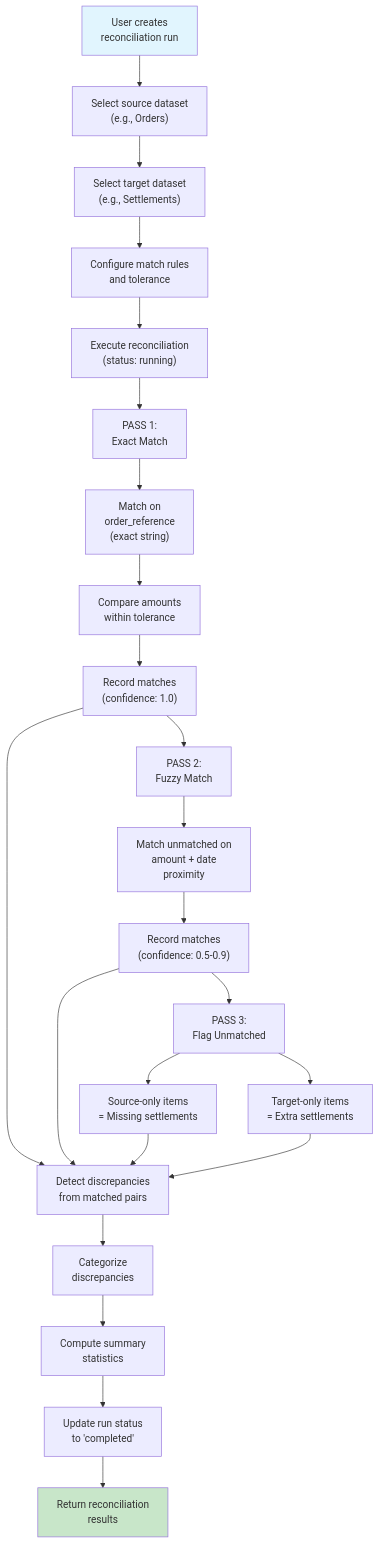
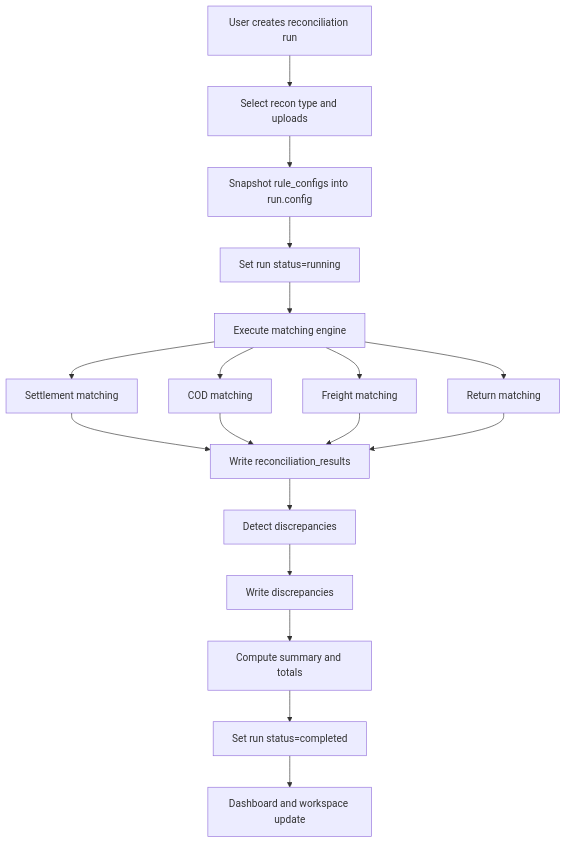
Before and after one commit to Rajdeep-017/reconiq: the sixth of 9 diagrams in docs/data_flow.md, drawn with Mermaid. The commit also changed other lines of this file and 4 other files, not shown here.

````diff
--- a/docs/data_flow.md
+++ b/docs/data_flow.md
@@ -125,33 +213,23 @@
 ```mermaid
 flowchart TD
-    A["User creates\nreconciliation run"] --> B["Select source dataset\n(e.g., Orders)"]
-    B --> C["Select target dataset\n(e.g., Settlements)"]
-    C --> D["Configure match rules\nand tolerance"]
-    D --> E["Execute reconciliation\n(status: running)"]
+    A["User creates reconciliation run"] --> B["Select recon type and uploads"]
+    B --> C["Snapshot rule_configs into run.config"]
+    C --> D["Set run status=running"]
+    D --> E["Execute matching engine"]
 
-    E --> F["PASS 1:\nExact Match"]
-    F --> G["Match on\norder_reference\n(exact string)"]
-    G --> H["Compare amounts\nwithin tolerance"]
-    H --> I["Record matches\n(confidence: 1.0)"]
+    E --> F["Settlement matching"]
+    E --> G["COD matching"]
+    E --> H["Freight matching"]
+    E --> I["Return matching"]
 
-    I --> J["PASS 2:\nFuzzy Match"]
-    J --> K["Match unmatched on\namount + date\nproximity"]
-    K --> L["Record matches\n(confidence: 0.5-0.9)"]
+    F --> J["Write reconciliation_results"]
+    G --> J
+    H --> J
+    I --> J
 
-    L --> M["PASS 3:\nFlag Unmatched"]
-    M --> N["Source-only items\n= Missing settlements"]
-    M --> O["Target-only items\n= Extra settlements"]
-
-    I --> P["Detect discrepancies\nfrom matched pairs"]
-    L --> P
-    N --> P
-    O --> P
-
-    P --> Q["Categorize\ndiscrepancies"]
-    Q --> R["Compute summary\nstatistics"]
-    R --> S["Update run status\nto 'completed'"]
-    S --> T["Return reconciliation\nresults"]
-
-    style A fill:#e1f5fe
-    style T fill:#c8e6c9
+    J --> K["Detect discrepancies"]
+    K --> L["Write discrepancies"]
+    L --> M["Compute summary and totals"]
+    M --> N["Set run status=completed"]
+    N --> O["Dashboard and workspace update"]
 ```
````
